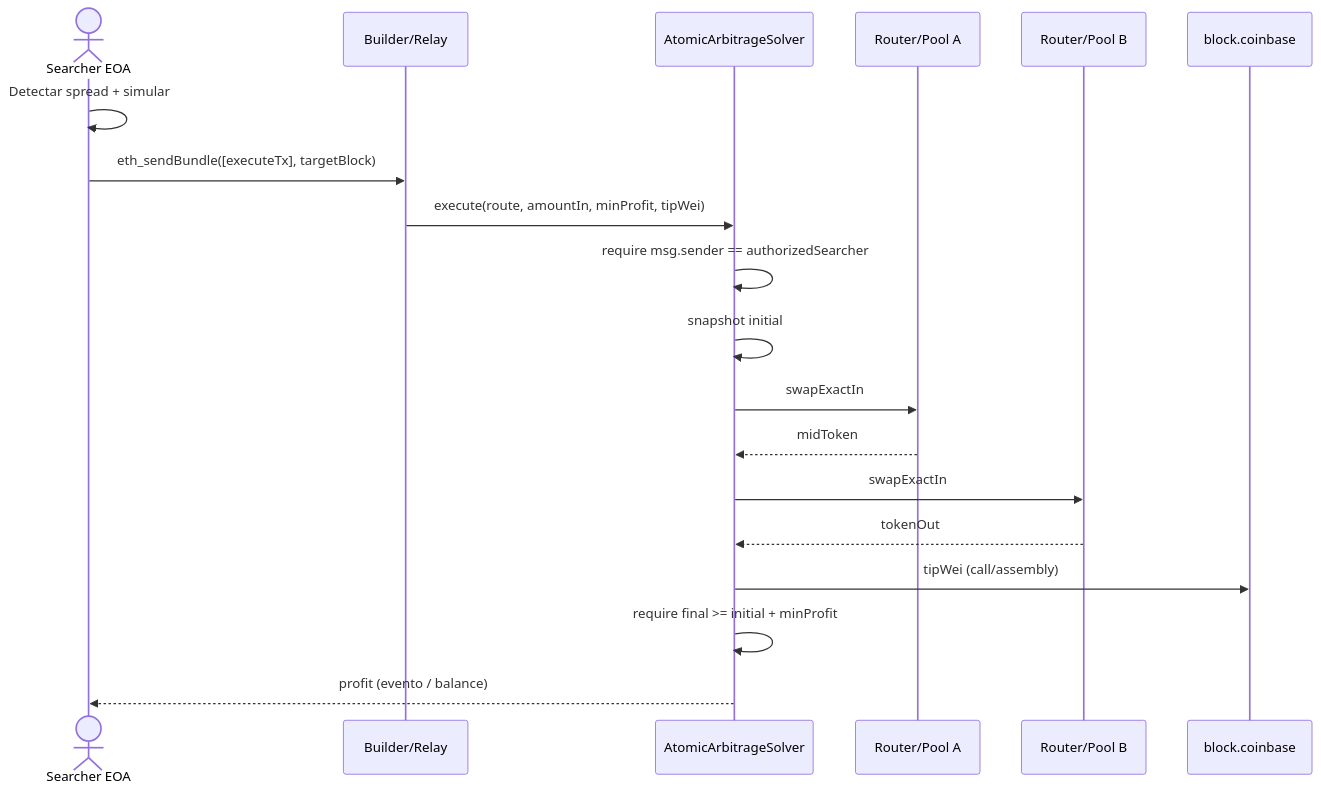
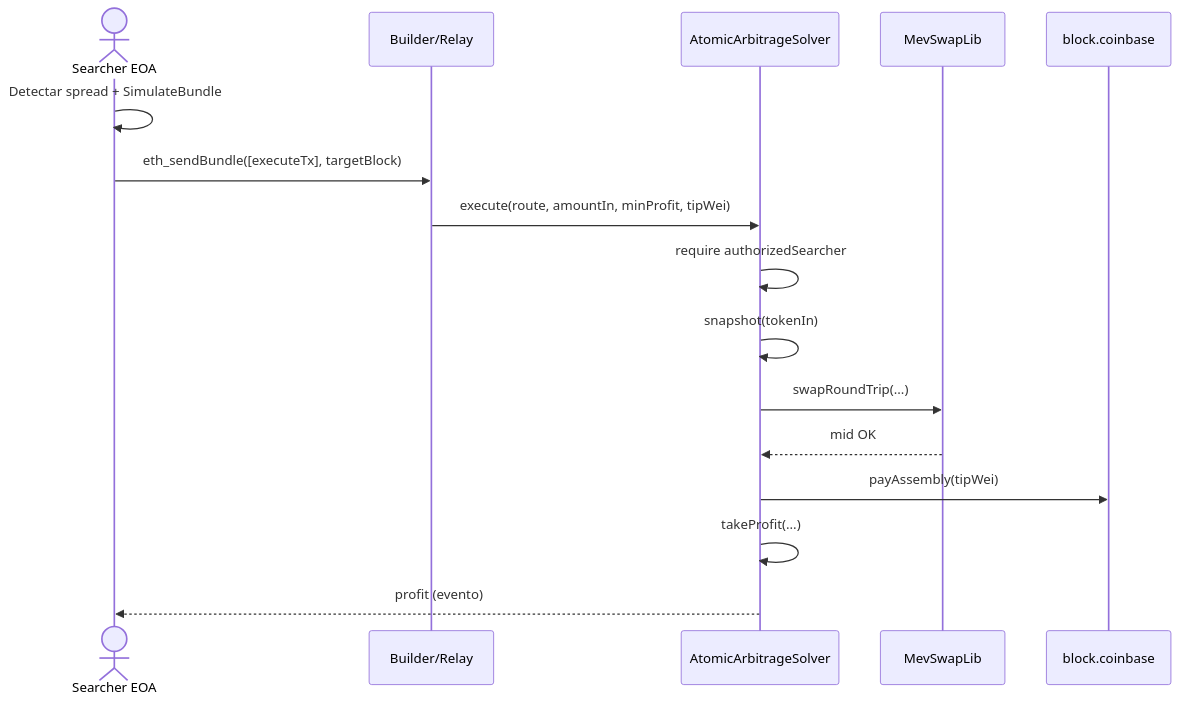
Before and after one commit to rastrahm/mev-hft-infra: the seventh of 9 diagrams in doc/flujograma.md, drawn with Mermaid. The commit also changed other lines of this file and 5 other files, not shown here.

````diff
--- a/doc/flujograma.md
+++ b/doc/flujograma.md
@@ -125,22 +125,19 @@
 ```mermaid
 sequenceDiagram
     actor S as Searcher EOA
     participant Rel as Builder/Relay
     participant Sol as AtomicArbitrageSolver
-    participant RA as Router/Pool A
-    participant RB as Router/Pool B
+    participant Lib as MevSwapLib
     participant CB as block.coinbase
 
-    S->>S: Detectar spread + simular
+    S->>S: Detectar spread + SimulateBundle
     S->>Rel: eth_sendBundle([executeTx], targetBlock)
     Rel->>Sol: execute(route, amountIn, minProfit, tipWei)
-    Sol->>Sol: require msg.sender == authorizedSearcher
-    Sol->>Sol: snapshot initial
-    Sol->>RA: swapExactIn
-    RA-->>Sol: midToken
-    Sol->>RB: swapExactIn
-    RB-->>Sol: tokenOut
-    Sol->>CB: tipWei (call/assembly)
-    Sol->>Sol: require final >= initial + minProfit
-    Sol-->>S: profit (evento / balance)
+    Sol->>Sol: require authorizedSearcher
+    Sol->>Sol: snapshot(tokenIn)
+    Sol->>Lib: swapRoundTrip(...)
+    Lib-->>Sol: mid OK
+    Sol->>CB: payAssembly(tipWei)
+    Sol->>Sol: takeProfit(...)
+    Sol-->>S: profit (evento)
 ```
````
